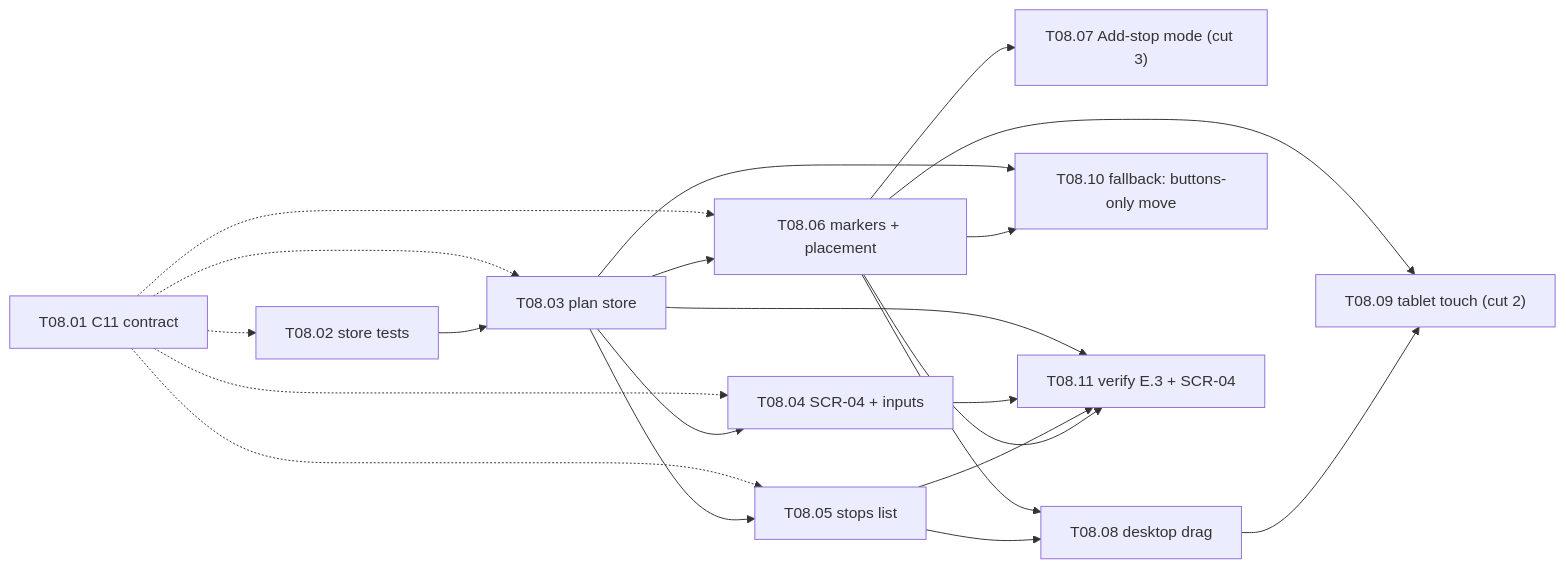
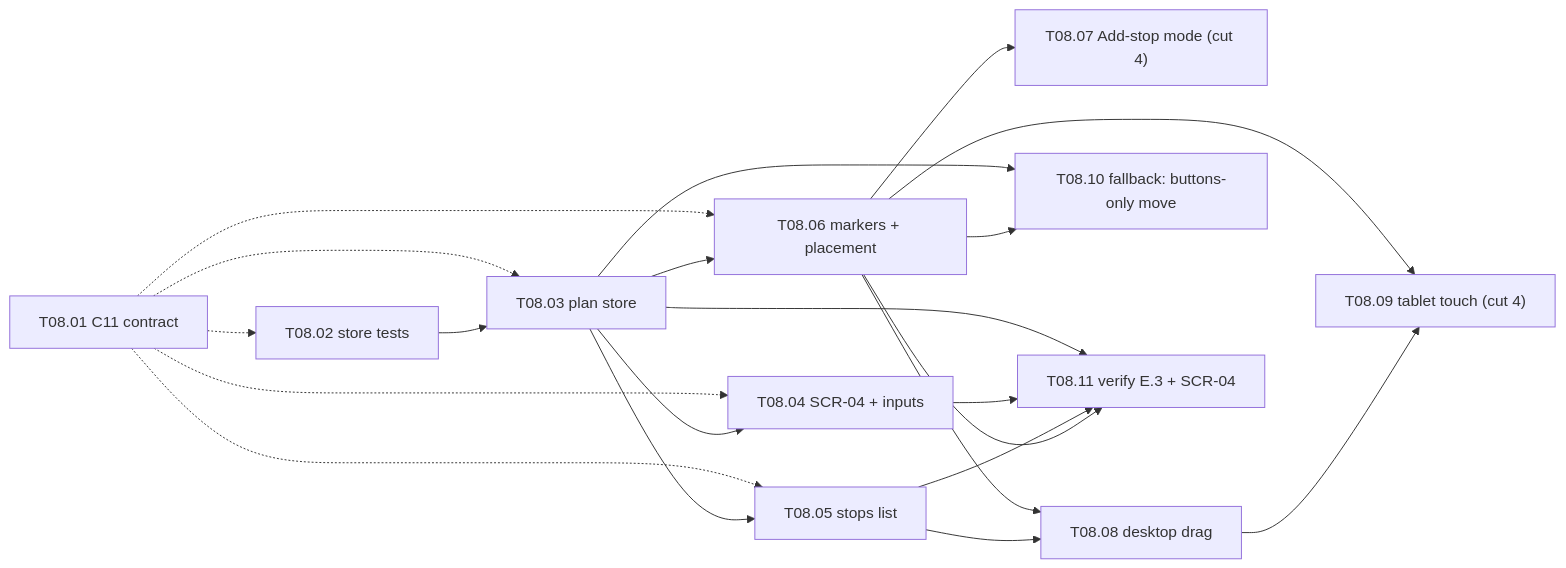
Before and after one commit to tashobi02/Gale-Surface-Ops: the diagram in docs/tasks/TASK-08_plan-panel-and-waypoints.md, drawn with Mermaid. The commit also changed other lines of this file and 24 other files, not shown here.

````diff
--- a/docs/tasks/TASK-08_plan-panel-and-waypoints.md
+++ b/docs/tasks/TASK-08_plan-panel-and-waypoints.md
@@ -361,35 +363,35 @@
 ```mermaid
 flowchart LR
   T08_01["T08.01 C11 contract"]
   T08_02["T08.02 store tests"]
   T08_03["T08.03 plan store"]
   T08_04["T08.04 SCR-04 + inputs"]
   T08_05["T08.05 stops list"]
   T08_06["T08.06 markers + placement"]
-  T08_07["T08.07 Add-stop mode (cut 3)"]
+  T08_07["T08.07 Add-stop mode (cut 4)"]
   T08_08["T08.08 desktop drag"]
-  T08_09["T08.09 tablet touch (cut 2)"]
+  T08_09["T08.09 tablet touch (cut 4)"]
   T08_10["T08.10 fallback: buttons-only move"]
   T08_11["T08.11 verify E.3 + SCR-04"]
 
   T08_01 -.-> T08_02
   T08_01 -.-> T08_03
   T08_01 -.-> T08_04
   T08_01 -.-> T08_05
   T08_01 -.-> T08_06
   T08_02 --> T08_03
   T08_03 --> T08_04
   T08_03 --> T08_05
   T08_03 --> T08_06
   T08_03 --> T08_10
   T08_06 --> T08_07
   T08_06 --> T08_08
   T08_05 --> T08_08
   T08_06 --> T08_09
   T08_08 --> T08_09
   T08_06 --> T08_10
   T08_03 --> T08_11
   T08_04 --> T08_11
   T08_05 --> T08_11
   T08_06 --> T08_11
 ```
````
